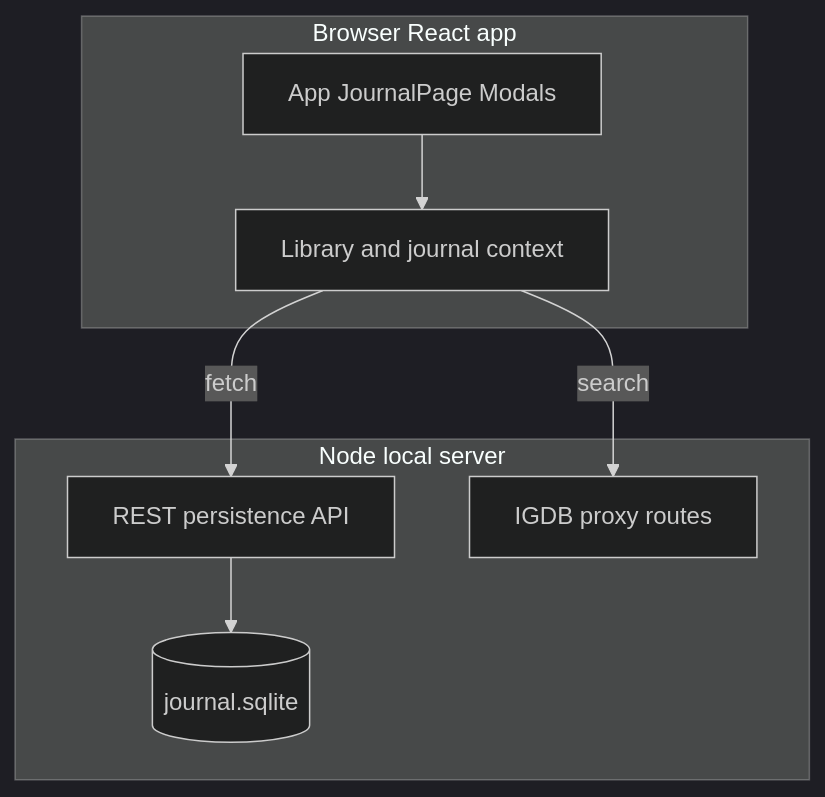
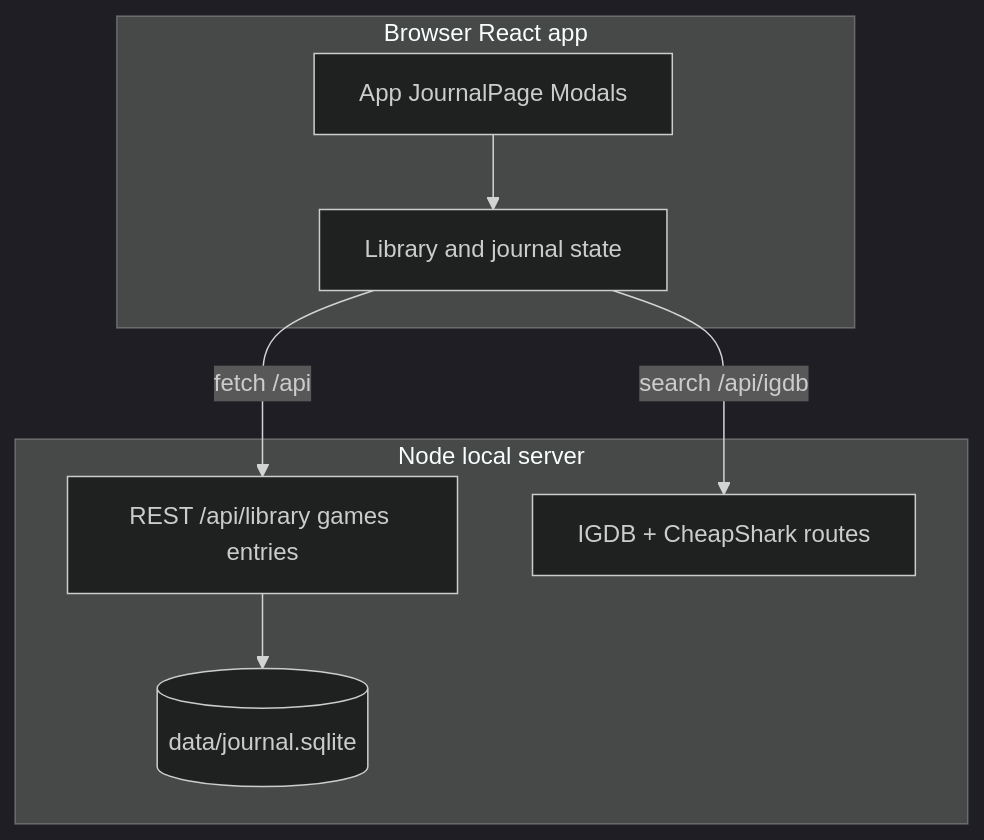
The diagram in README.md (BenJPanackal/game-journal-clean), drawn with Mermaid (dark theme) before and after one commit. The commit also changed other lines of this file and 1 other file, not shown here.

First line of the commit message:
Add START.md and refresh README for current SQLite and API stack

````diff
--- a/README.md
+++ b/README.md
@@ -11,16 +13,16 @@
 ```mermaid
 flowchart TB
   subgraph browser [Browser React app]
     UI[App JournalPage Modals]
-    Ctx[Library and journal context]
+    Ctx[Library and journal state]
   end
   subgraph node [Node local server]
-    API[REST persistence API]
-    Store[(journal.sqlite)]
-    IGDBProxy[IGDB proxy routes]
+    API[REST /api/library games entries]
+    Store[(data/journal.sqlite)]
+    IGDBProxy[IGDB + CheapShark routes]
   end
   UI --> Ctx
-  Ctx -->|fetch| API
+  Ctx -->|fetch /api| API
   API --> Store
-  Ctx -->|search| IGDBProxy
+  Ctx -->|search /api/igdb| IGDBProxy
 ```
````
